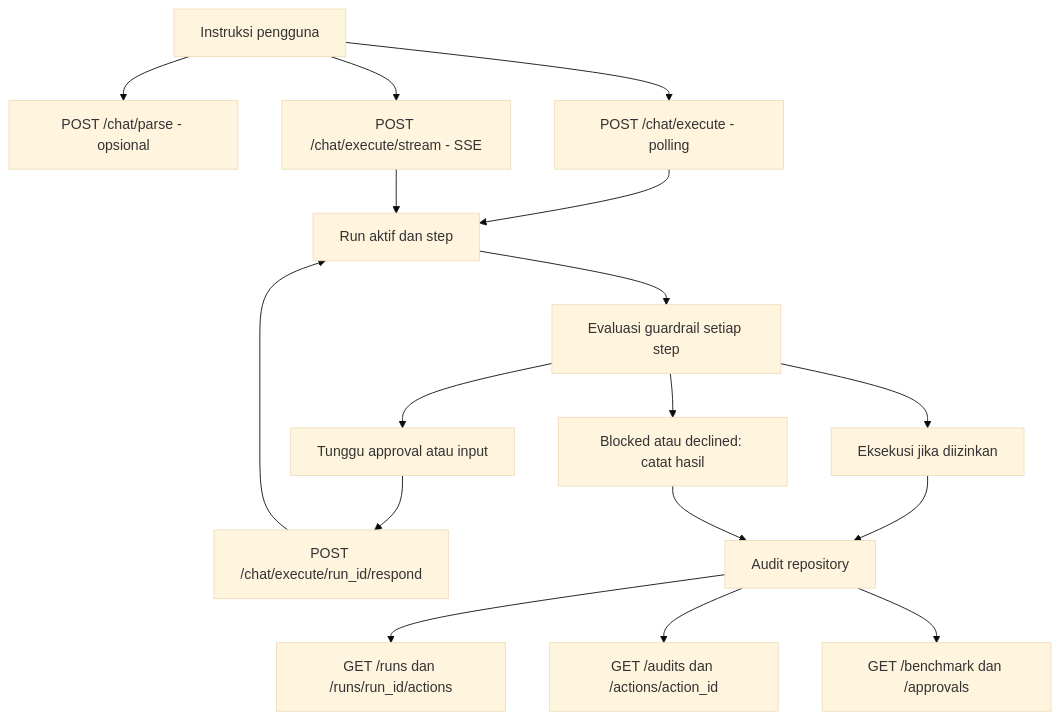
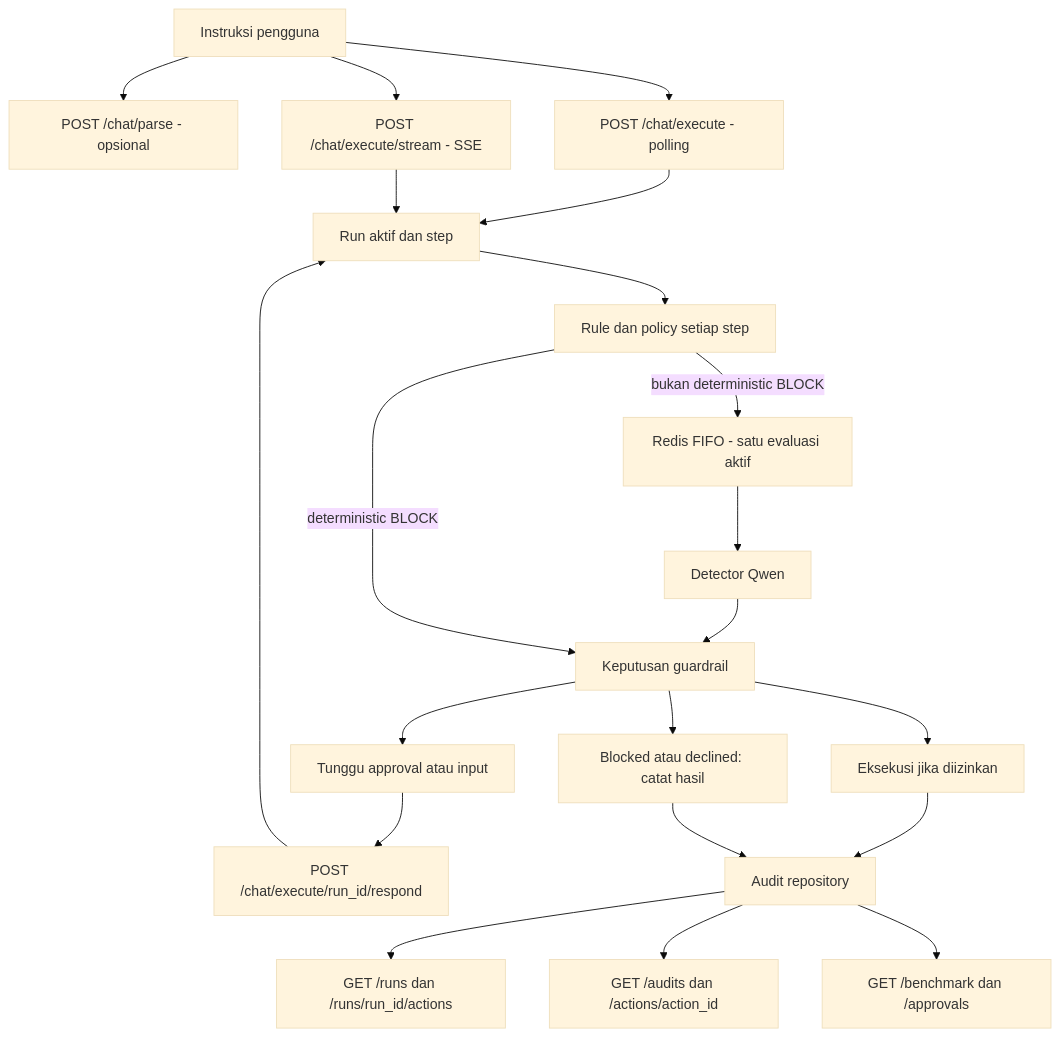
The first of 3 diagrams in app/api/flow_api.md (yukienjoyer7/agent-gate), drawn with Mermaid (base theme) before and after one commit. The commit also changed other lines of this file and 18 other files, not shown here.

````diff
--- a/app/api/flow_api.md
+++ b/app/api/flow_api.md
@@ -53,19 +53,23 @@
 ```mermaid
 flowchart TD
     U[Instruksi pengguna] --> P[POST /chat/parse - opsional]
     U --> E[POST /chat/execute - polling]
     U --> S[POST /chat/execute/stream - SSE]
     E --> R[Run aktif dan step]
     S --> R
-    R --> G[Evaluasi guardrail setiap step]
-    G --> A[Eksekusi jika diizinkan]
-    G --> W[Tunggu approval atau input]
-    W --> Q[POST /chat/execute/run_id/respond]
-    Q --> R
+    R --> G[Rule dan policy setiap step]
+    G -->|bukan deterministic BLOCK| QF[Redis FIFO - satu evaluasi aktif]
+    QF --> L[Detector Qwen]
+    L --> V[Keputusan guardrail]
+    G -->|deterministic BLOCK| V
+    V --> A[Eksekusi jika diizinkan]
+    V --> W[Tunggu approval atau input]
+    W --> QR[POST /chat/execute/run_id/respond]
+    QR --> R
     A --> D[Audit repository]
-    G --> B[Blocked atau declined: catat hasil]
+    V --> B[Blocked atau declined: catat hasil]
     B --> D
     D --> H[GET /runs dan /runs/run_id/actions]
     D --> I[GET /audits dan /actions/action_id]
     D --> M[GET /benchmark dan /approvals]
 ```
````
